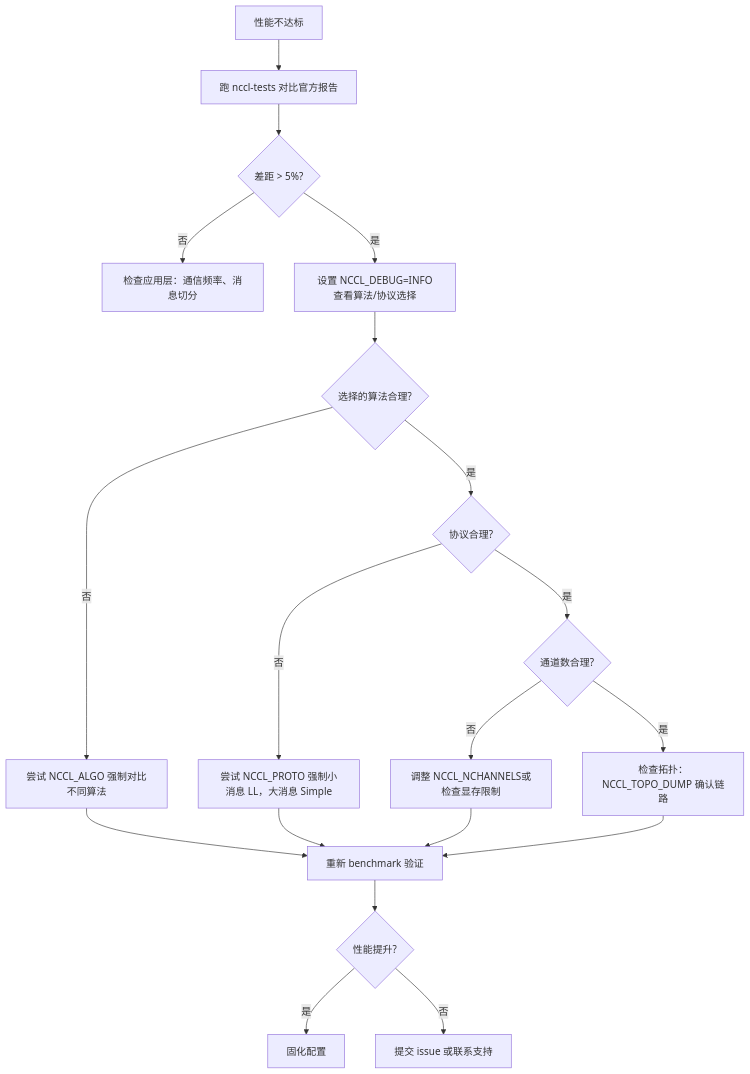
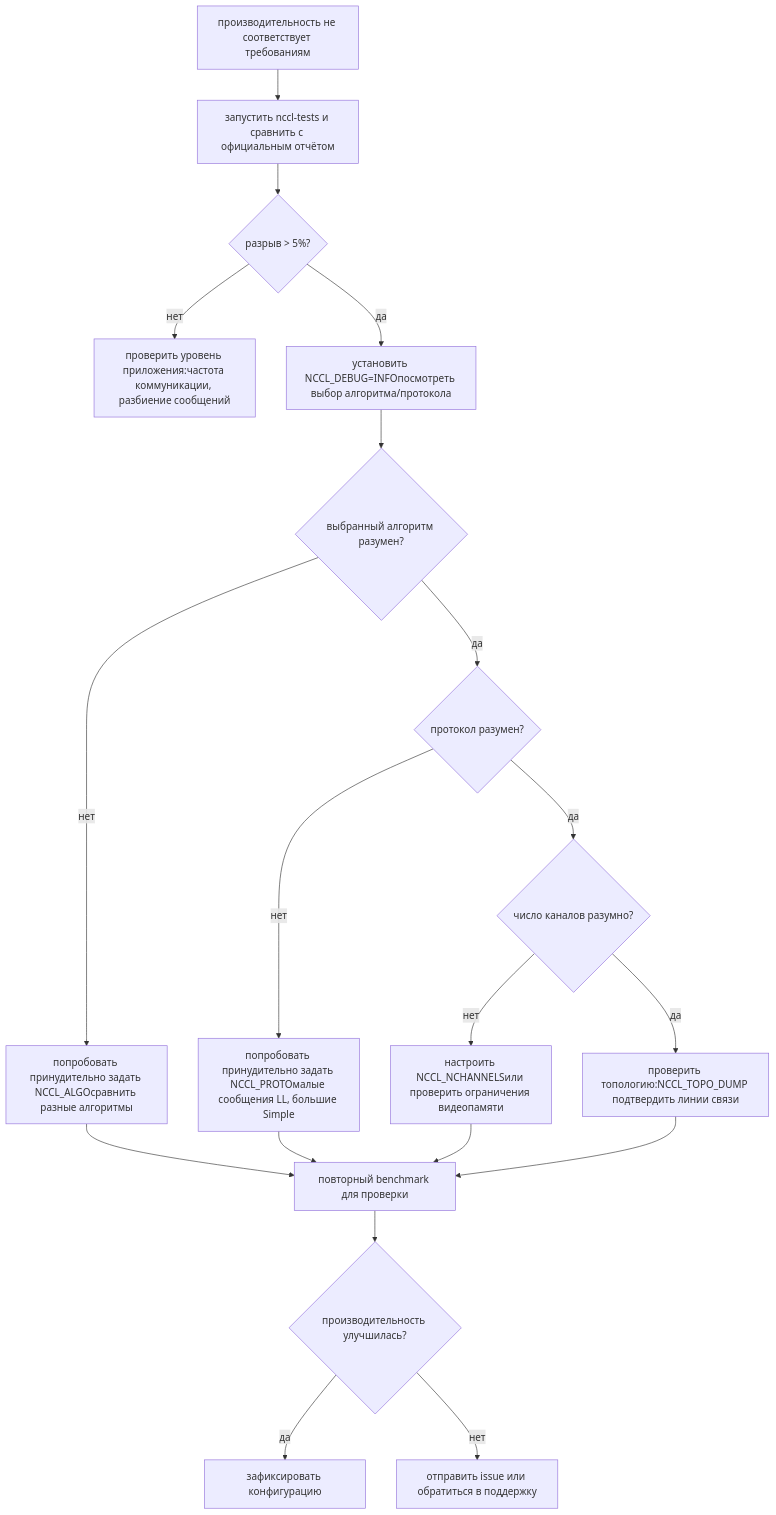
One commit to maleRjc/AiReadCodeBooks changed the second of 2 diagrams in books/nccl/ru/21-performance-tuning-and-benchmarking.md. Above: the diagram before and after it, drawn with Mermaid. The commit also changed other lines of this file and 74 other files, not shown here.

````diff
--- a/books/nccl/ru/21-performance-tuning-and-benchmarking.md
+++ b/books/nccl/ru/21-performance-tuning-and-benchmarking.md
@@ -674,21 +676,21 @@
 ```mermaid
 flowchart TD
-    start["性能不达标"] --> baseline["跑 nccl-tests 对比官方报告"]
-    baseline --> diff{"差距 > 5%?"}
-    diff -->|否| app["检查应用层：通信频率、消息切分"]
-    diff -->|是| debug["设置 NCCL_DEBUG=INFO查看算法/协议选择"]
-    debug --> check_algo{"选择的算法合理?"}
-    check_algo -->|否| force_algo["尝试 NCCL_ALGO 强制对比不同算法"]
-    check_algo -->|是| check_proto{"协议合理?"}
-    check_proto -->|否| force_proto["尝试 NCCL_PROTO 强制小消息 LL，大消息 Simple"]
-    check_proto -->|是| check_chan{"通道数合理?"}
-    check_chan -->|否| tune_chan["调整 NCCL_NCHANNELS或检查显存限制"]
-    check_chan -->|是| check_topo["检查拓扑：NCCL_TOPO_DUMP 确认链路"]
-    force_algo --> verify["重新 benchmark 验证"]
+    start["производительность не соответствует требованиям"] --> baseline["запустить nccl-tests и сравнить с официальным отчётом"]
+    baseline --> diff{"разрыв > 5%?"}
+    diff -->|нет| app["проверить уровень приложения:частота коммуникации, разбиение сообщений"]
+    diff -->|да| debug["установить NCCL_DEBUG=INFOпосмотреть выбор алгоритма/протокола"]
+    debug --> check_algo{"выбранный алгоритм разумен?"}
+    check_algo -->|нет| force_algo["попробовать принудительно задать NCCL_ALGOсравнить разные алгоритмы"]
+    check_algo -->|да| check_proto{"протокол разумен?"}
+    check_proto -->|нет| force_proto["попробовать принудительно задать NCCL_PROTOмалые сообщения LL, большие Simple"]
+    check_proto -->|да| check_chan{"число каналов разумно?"}
+    check_chan -->|нет| tune_chan["настроить NCCL_NCHANNELSили проверить ограничения видеопамяти"]
+    check_chan -->|да| check_topo["проверить топологию:NCCL_TOPO_DUMP подтвердить линии связи"]
+    force_algo --> verify["повторный benchmark для проверки"]
     force_proto --> verify
     tune_chan --> verify
     check_topo --> verify
-    verify --> improved{"性能提升?"}
-    improved -->|是| done["固化配置"]
-    improved -->|否| escalate["提交 issue 或联系支持"]
+    verify --> improved{"производительность улучшилась?"}
+    improved -->|да| done["зафиксировать конфигурацию"]
+    improved -->|нет| escalate["отправить issue или обратиться в поддержку"]
 ```
````
